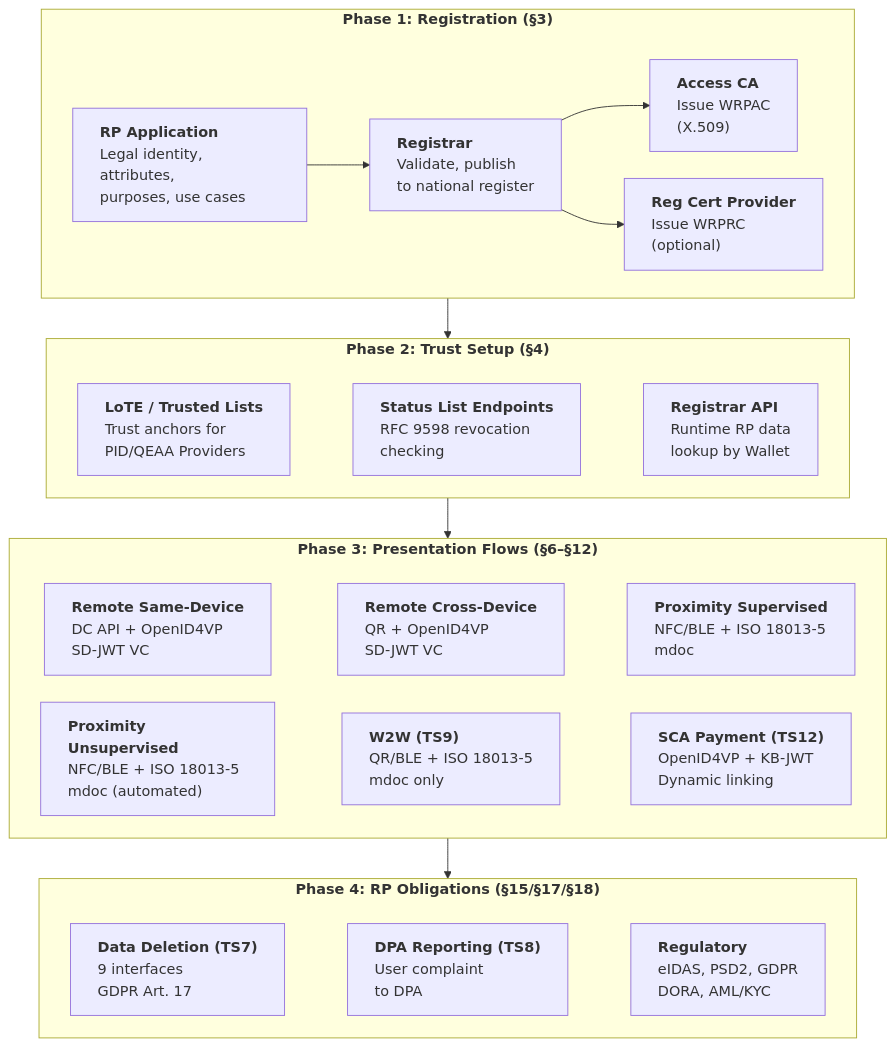
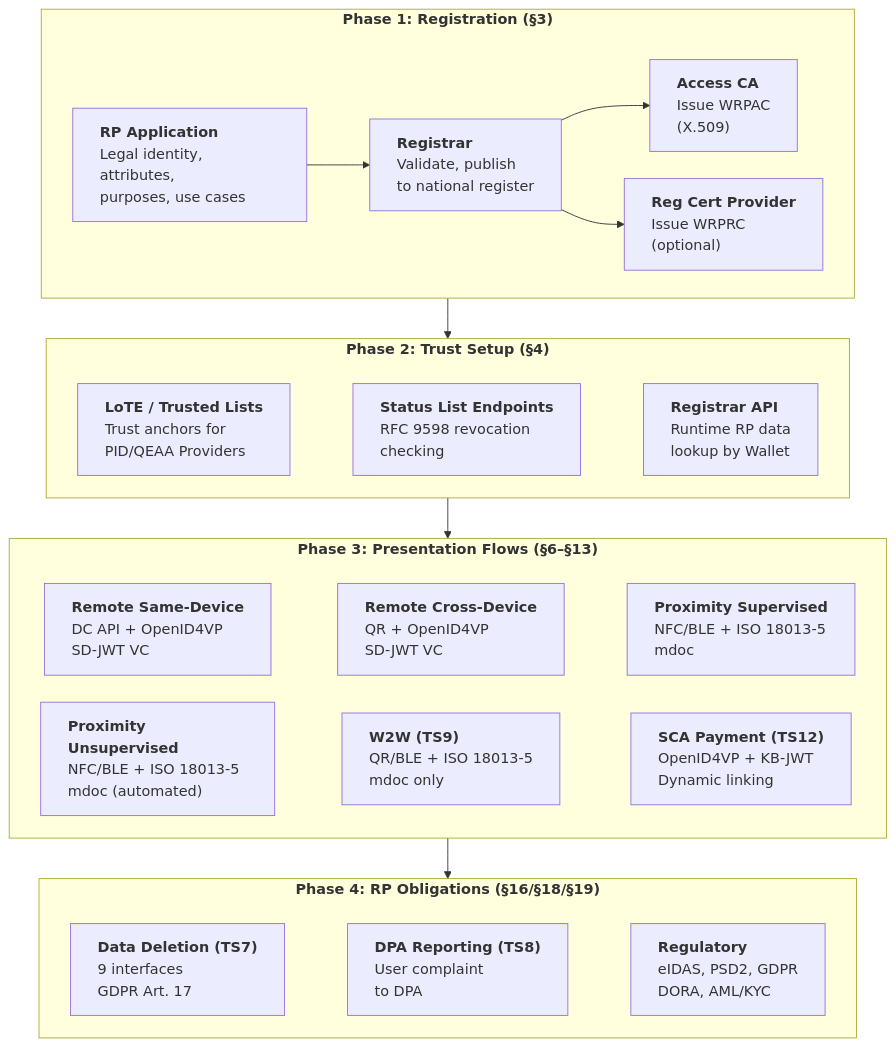
One commit to ivanstambuk/deep-research changed the first of 24 diagrams in papers/DR-0002/DR-0002-eudi-wallet-relying-party-integration.md. Above: the diagram before and after it, drawn with Mermaid. The commit also changed other lines of this file, not shown here.

```diff
--- a/papers/DR-0002/DR-0002-eudi-wallet-relying-party-integration.md
+++ b/papers/DR-0002/DR-0002-eudi-wallet-relying-party-integration.md
@@ -175,7 +176,7 @@
         T1 ~~~ T2 ~~~ T3
     end
 
-    subgraph FLOWS["`**Phase 3: Presentation Flows (§6–§12)**`"]
+    subgraph FLOWS["`**Phase 3: Presentation Flows (§6–§13)**`"]
         direction LR
         F1["`**Remote Same-Device**
         DC API + OpenID4VP
@@ -199,7 +200,7 @@
         F4 ~~~ F5 ~~~ F6
     end
 
-    subgraph OBLIGATIONS["`**Phase 4: RP Obligations (§15/§17/§18)**`"]
+    subgraph OBLIGATIONS["`**Phase 4: RP Obligations (§16/§18/§19)**`"]
         direction LR
         O1["`**Data Deletion (TS7)**
         9 interfaces
```
